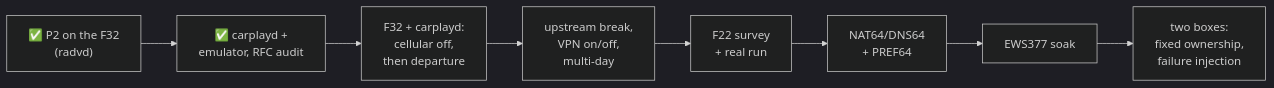
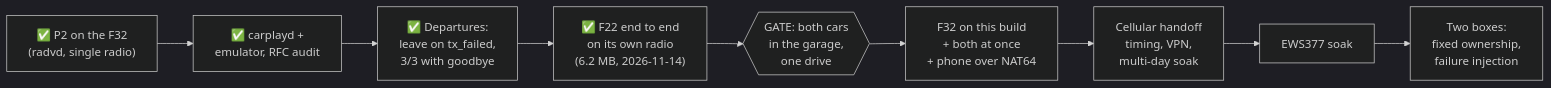
One commit to ParkWardRR/internet-over-wireless-carplay changed the diagram in docs/status.md. Above: the diagram before and after it, drawn with Mermaid (dark theme). The commit also changed other lines of this file and 2 other files, not shown here.

First line of the commit message:
docs: rewrite the README and roadmap against the live box

````diff
--- a/docs/status.md
+++ b/docs/status.md
@@ -113,10 +122,11 @@
 ```mermaid
 flowchart LR
-  A["✅ P2 on the F32<br/>(radvd)"] --> B["✅ carplayd +<br/>emulator, RFC audit"]
-  B --> C["F32 + carplayd:<br/>cellular off,<br/>then departure"]
-  C --> D["upstream break,<br/>VPN on/off,<br/>multi-day"]
-  D --> E["F22 survey<br/>+ real run"]
-  E --> F["NAT64/DNS64<br/>+ PREF64"]
-  F --> G["EWS377 soak"]
-  G --> H["two boxes:<br/>fixed ownership,<br/>failure injection"]
+  A["✅ P2 on the F32<br/>(radvd, single radio)"] --> B["✅ carplayd +<br/>emulator, RFC audit"]
+  B --> C["✅ Departures:<br/>leave on tx_failed,<br/>3/3 with goodbye"]
+  C --> D["✅ F22 end to end<br/>on its own radio<br/>(6.2 MB, 2026-11-14)"]
+  D --> G{{"GATE: both cars<br/>in the garage,<br/>one drive"}}
+  G --> E["F32 on this build<br/>+ both at once<br/>+ phone over NAT64"]
+  E --> F["Cellular handoff<br/>timing, VPN,<br/>multi-day soak"]
+  F --> H["EWS377 soak"]
+  H --> I["Two boxes:<br/>fixed ownership,<br/>failure injection"]
 ```
````
